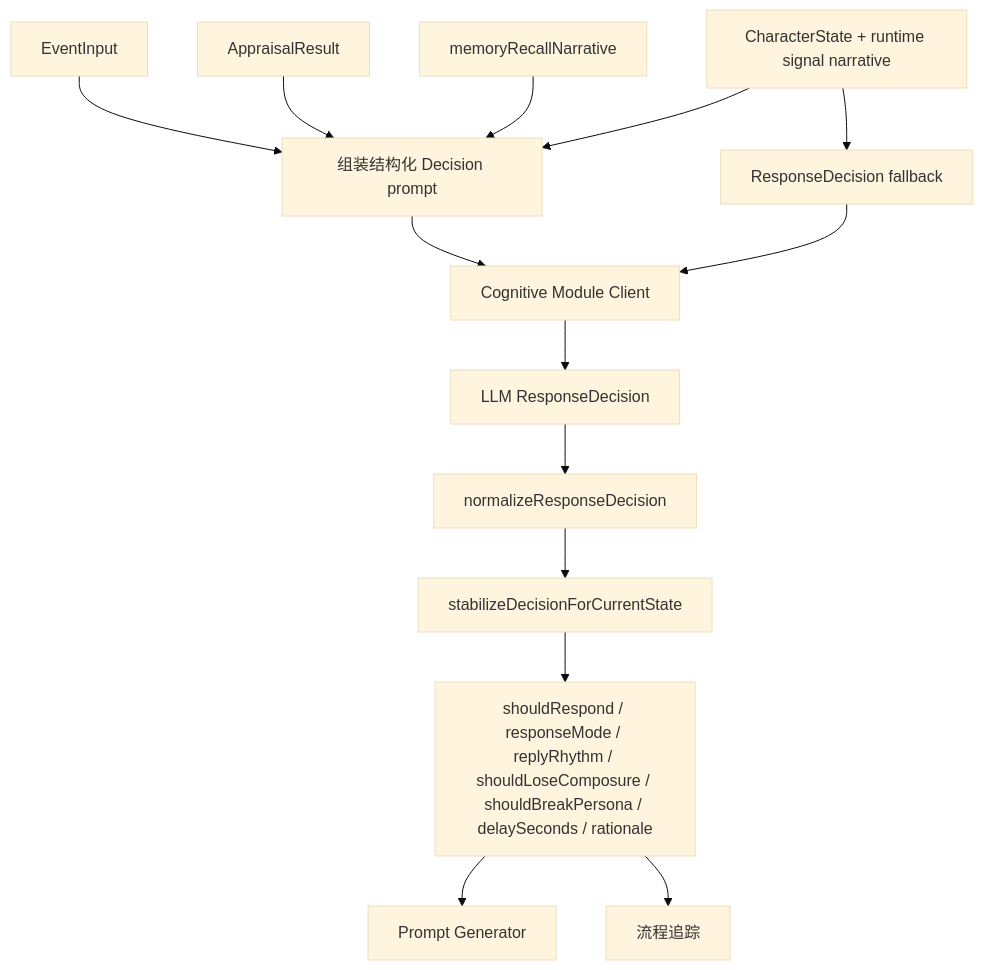
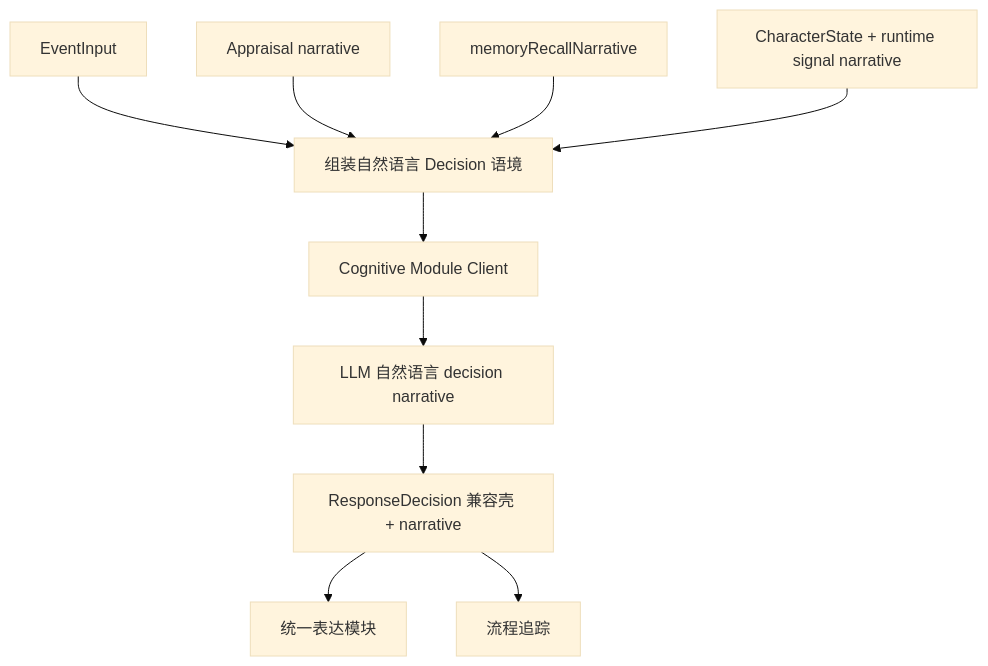
One commit to ttmanthatman/virtual-human-flow changed diagram 18 of 31 in docs/SYSTEM_FLOW.md. Above: the diagram before and after it, drawn with Mermaid (base theme). The commit also changed other lines of this file and 23 other files, not shown here.

````diff
--- a/docs/SYSTEM_FLOW.md
+++ b/docs/SYSTEM_FLOW.md
@@ -482,16 +474,12 @@
 ```mermaid
 flowchart TD
-    E["EventInput"] --> PROMPT["组装结构化 Decision prompt"]
-    A["AppraisalResult"] --> PROMPT["组装结构化 Decision prompt"]
+    E["EventInput"] --> PROMPT["组装自然语言 Decision 语境"]
+    A["Appraisal narrative"] --> PROMPT
     M["memoryRecallNarrative"] --> PROMPT
     S["CharacterState + runtime signal narrative"] --> PROMPT
-    S --> MOCK["ResponseDecision fallback"]
     PROMPT --> CLIENT["Cognitive Module Client"]
-    MOCK --> CLIENT
-    CLIENT --> RAW["LLM ResponseDecision"]
-    RAW --> NORM["normalizeResponseDecision"]
-    NORM --> STABLE["stabilizeDecisionForCurrentState"]
-    STABLE --> OUT["shouldRespond / responseMode / replyRhythm / shouldLoseComposure / shouldBreakPersona / delaySeconds / rationale"]
-    OUT --> PROMPTGEN["Prompt Generator"]
+    CLIENT --> RAW["LLM 自然语言 decision narrative"]
+    RAW --> OUT["ResponseDecision 兼容壳 + narrative"]
+    OUT --> EXPR["统一表达模块"]
     OUT --> TRACE["流程追踪"]
 ```
````
